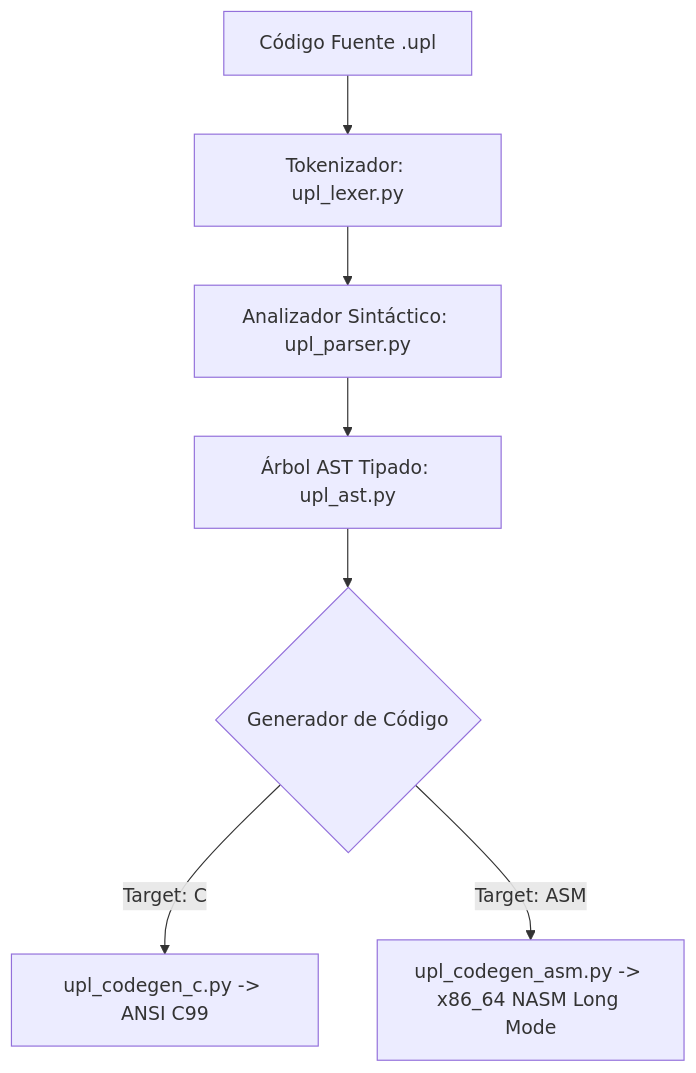
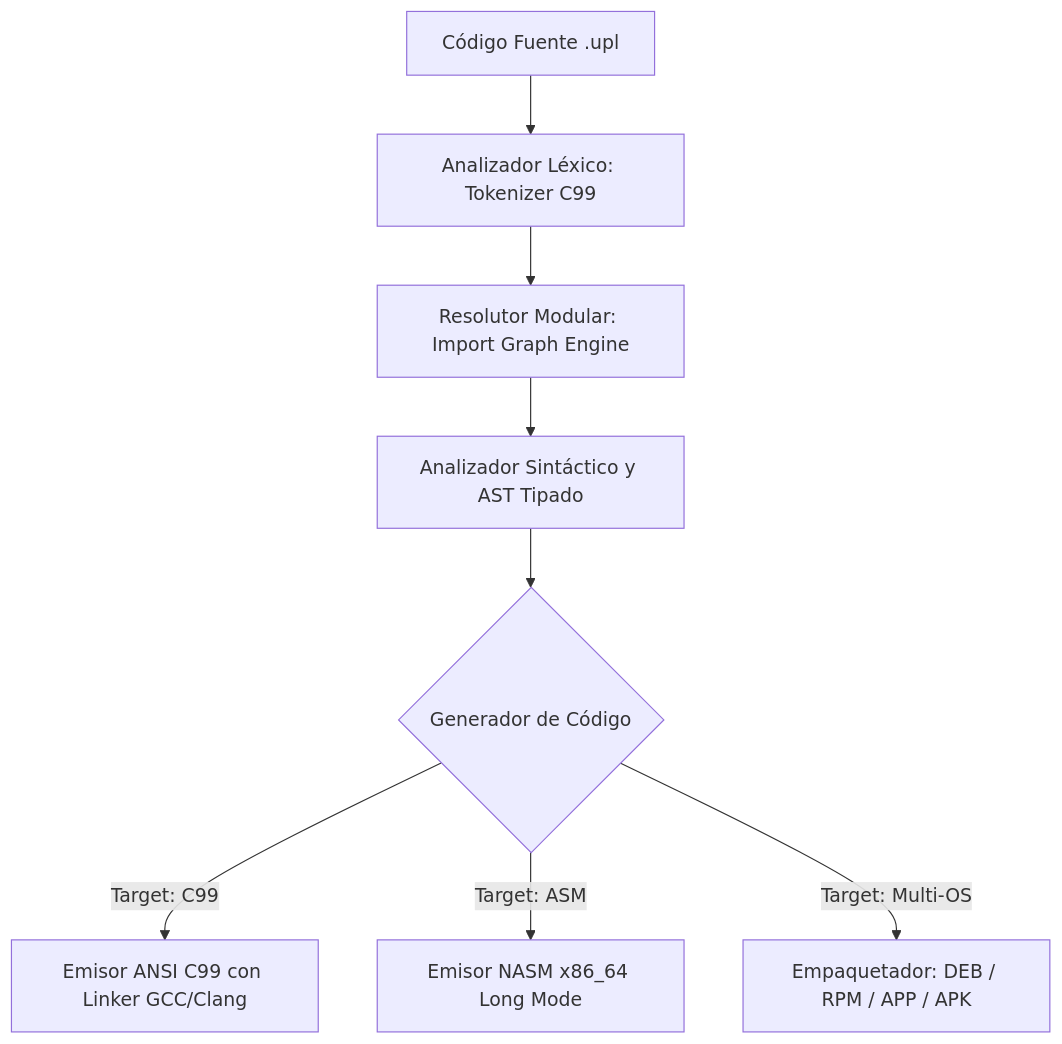
One commit to cyberenigma-lgtm/UNIVERSAL-POLYGLOT-LAYER-UPL changed the diagram in wiki/es/COMPILADOR_Y_ARQUITECTURA.md. Above: the diagram before and after it, drawn with Mermaid. The commit also changed other lines of this file and 163 other files, not shown here.

````diff
--- a/wiki/es/COMPILADOR_Y_ARQUITECTURA.md
+++ b/wiki/es/COMPILADOR_Y_ARQUITECTURA.md
@@ -10,9 +10,10 @@
 ```mermaid
 graph TD
-    A[Código Fuente .upl] --> B[Tokenizador: upl_lexer.py]
-    B --> C[Analizador Sintáctico: upl_parser.py]
-    C --> D[Árbol AST Tipado: upl_ast.py]
+    A[Código Fuente .upl] --> B[Analizador Léxico: Tokenizer C99]
+    B --> C[Resolutor Modular: Import Graph Engine]
+    C --> D[Analizador Sintáctico y AST Tipado]
     D --> E{Generador de Código}
-    E -->|Target: C| F[upl_codegen_c.py -> ANSI C99]
-    E -->|Target: ASM| G[upl_codegen_asm.py -> x86_64 NASM Long Mode]
+    E -->|Target: C99| F[Emisor ANSI C99 con Linker GCC/Clang]
+    E -->|Target: ASM| G[Emisor NASM x86_64 Long Mode]
+    E -->|Target: Multi-OS| H[Empaquetador: DEB / RPM / APP / APK]
 ```
````
